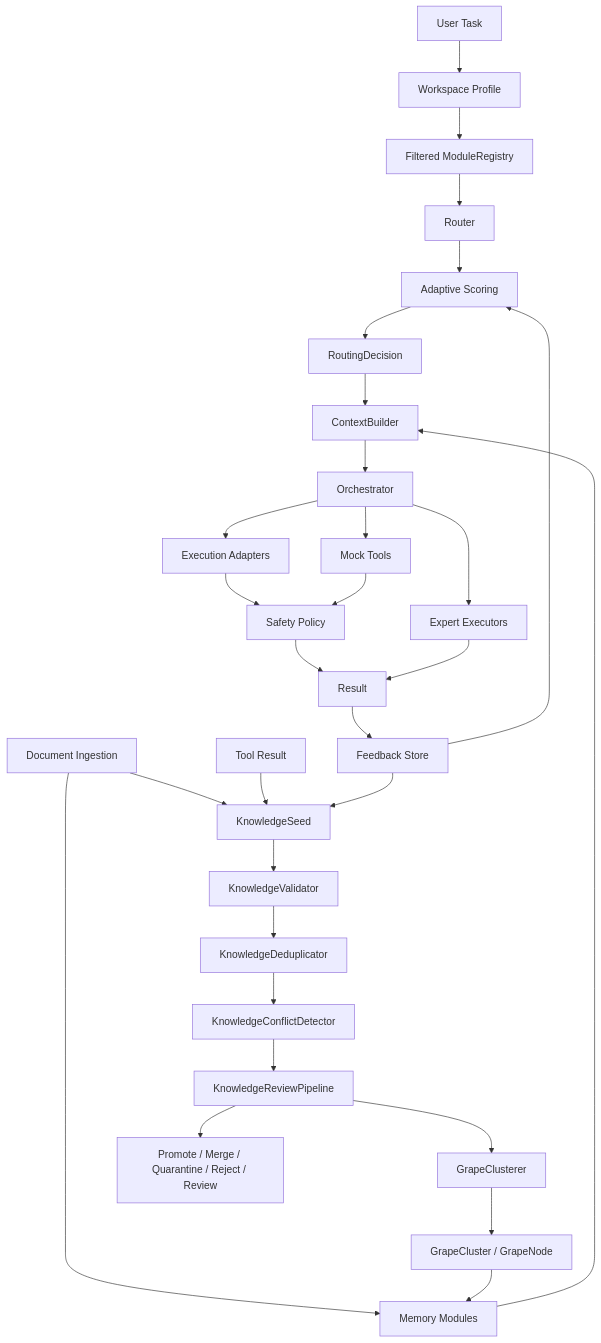
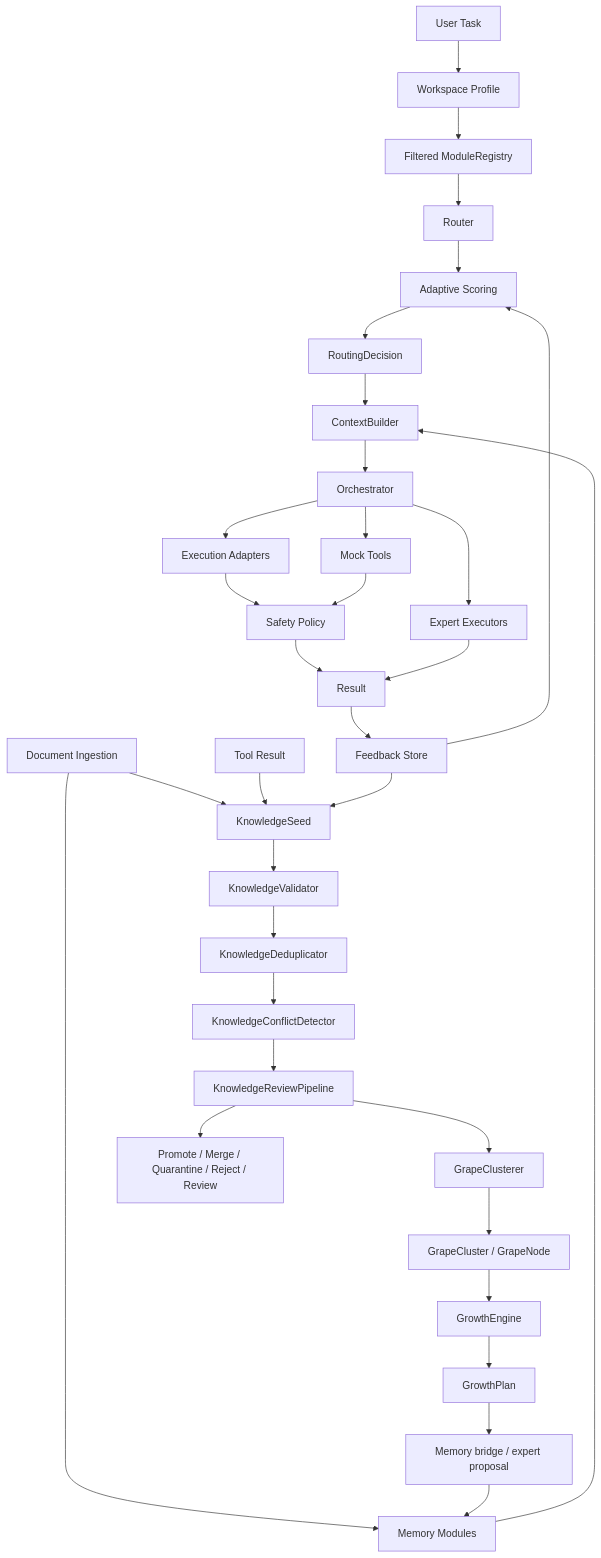
The diagram in docs/architecture.md (Robotyaga/Grona), drawn with Mermaid before and after one commit. The commit also changed other lines of this file and 13 other files, not shown here.

First line of the commit message:
Add GrowthEngine MVP for Growth Lab

````diff
--- a/docs/architecture.md
+++ b/docs/architecture.md
@@ -19,32 +19,35 @@
 ```mermaid
 flowchart TD
     A[User Task] --> B[Workspace Profile]
     B --> C[Filtered ModuleRegistry]
     C --> D[Router]
     F[Feedback Store] --> E[Adaptive Scoring]
     D --> E
     E --> G[RoutingDecision]
     H[Memory Modules] --> I[ContextBuilder]
     J[Document Ingestion] --> H
     J --> Q[KnowledgeSeed]
     R[Tool Result] --> Q
     F --> Q
     Q --> S[KnowledgeValidator]
     S --> U[KnowledgeDeduplicator]
     U --> V[KnowledgeConflictDetector]
     V --> W[KnowledgeReviewPipeline]
     W --> X[GrapeClusterer]
     X --> Y[GrapeCluster / GrapeNode]
-    Y --> H
+    Y --> Z[GrowthEngine]
+    Z --> AA[GrowthPlan]
+    AA --> AB[Memory bridge / expert proposal]
+    AB --> H
     W --> T[Promote / Merge / Quarantine / Reject / Review]
     G --> I
     I --> K[Orchestrator]
     K --> L[Expert Executors]
     K --> M[Execution Adapters]
     K --> N[Mock Tools]
     M --> O[Safety Policy]
     N --> O
     O --> P[Result]
     L --> P
     P --> F
 ```
````
